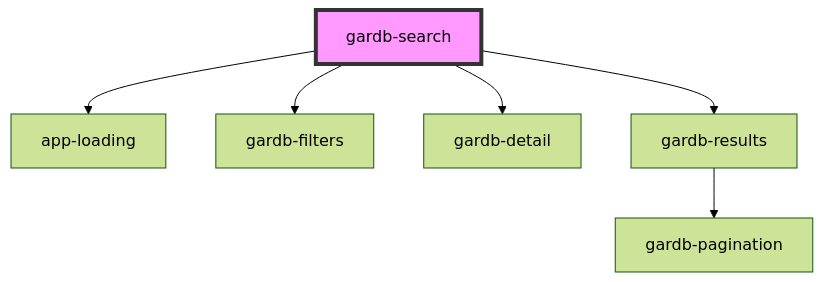
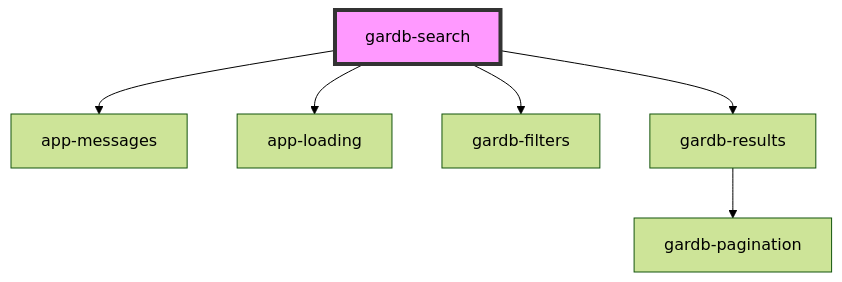
The diagram in src/components/gardb-search/readme.md (neropha/stencil-gardb), drawn with Mermaid (forest theme) before and after one commit. The commit also changed other lines of this file and 5 other files, not shown here.

````diff
--- a/src/components/gardb-search/readme.md
+++ b/src/components/gardb-search/readme.md
@@ -25,9 +26,9 @@
 ```mermaid
 graph TD;
+  gardb-search --> app-messages
   gardb-search --> app-loading
   gardb-search --> gardb-filters
-  gardb-search --> gardb-detail
   gardb-search --> gardb-results
   gardb-results --> gardb-pagination
   style gardb-search fill:#f9f,stroke:#333,stroke-width:4px
 ```
````
